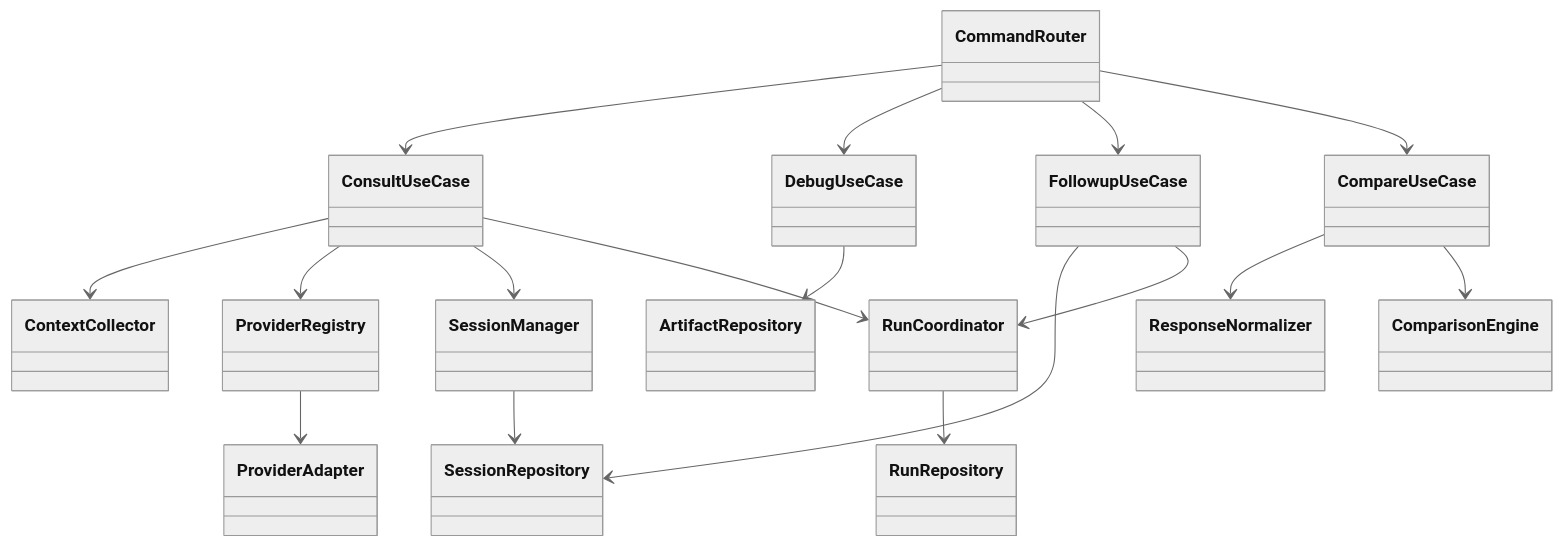
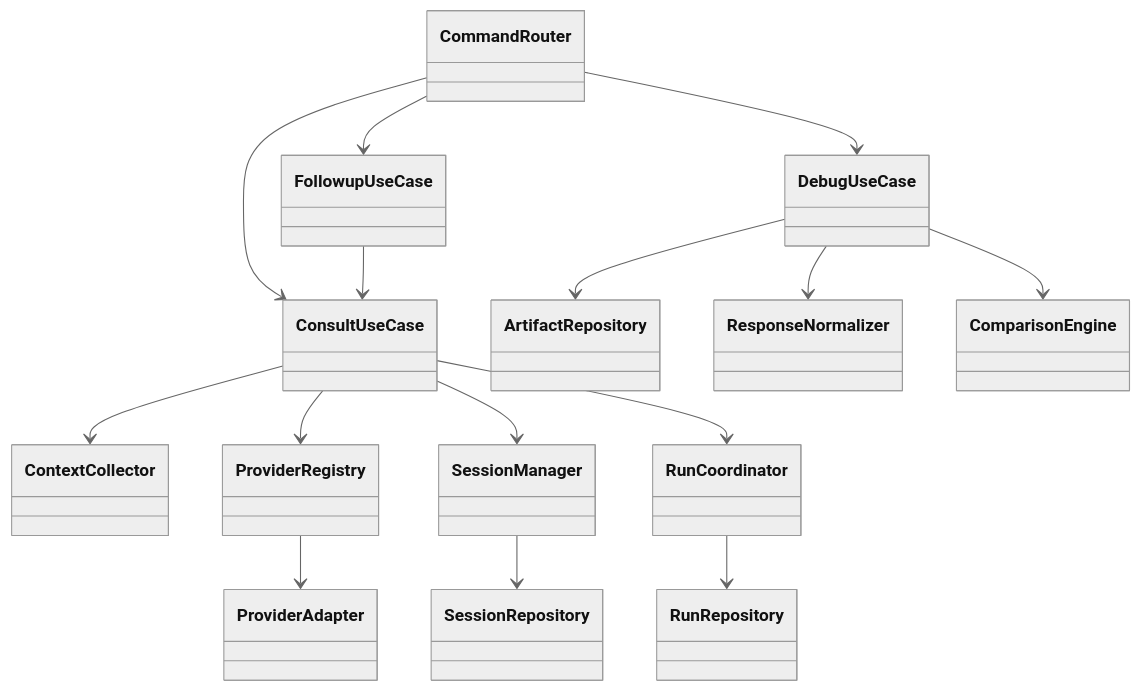
Before and after one commit to sean-sunagaku/aipanel: the diagram in docs/rearchitecture/content_rearchitecture_2026-03-10/08_class-design/08_class-design.md, drawn with Mermaid (neutral theme). The commit also changed other lines of this file and 37 other files, not shown here.

````diff
--- a/docs/rearchitecture/content_rearchitecture_2026-03-10/08_class-design/08_class-design.md
+++ b/docs/rearchitecture/content_rearchitecture_2026-03-10/08_class-design/08_class-design.md
@@ -140,19 +143,17 @@
 ```mermaid
 classDiagram
     CommandRouter --> ConsultUseCase
     CommandRouter --> DebugUseCase
     CommandRouter --> FollowupUseCase
-    CommandRouter --> CompareUseCase
     ConsultUseCase --> ContextCollector
     ConsultUseCase --> ProviderRegistry
     ConsultUseCase --> SessionManager
     ConsultUseCase --> RunCoordinator
     DebugUseCase --> ArtifactRepository
-    FollowupUseCase --> SessionRepository
-    FollowupUseCase --> RunCoordinator
-    CompareUseCase --> ResponseNormalizer
-    CompareUseCase --> ComparisonEngine
+    DebugUseCase --> ResponseNormalizer
+    DebugUseCase --> ComparisonEngine
+    FollowupUseCase --> ConsultUseCase
     ProviderRegistry --> ProviderAdapter
     SessionManager --> SessionRepository
     RunCoordinator --> RunRepository
 ```
````
